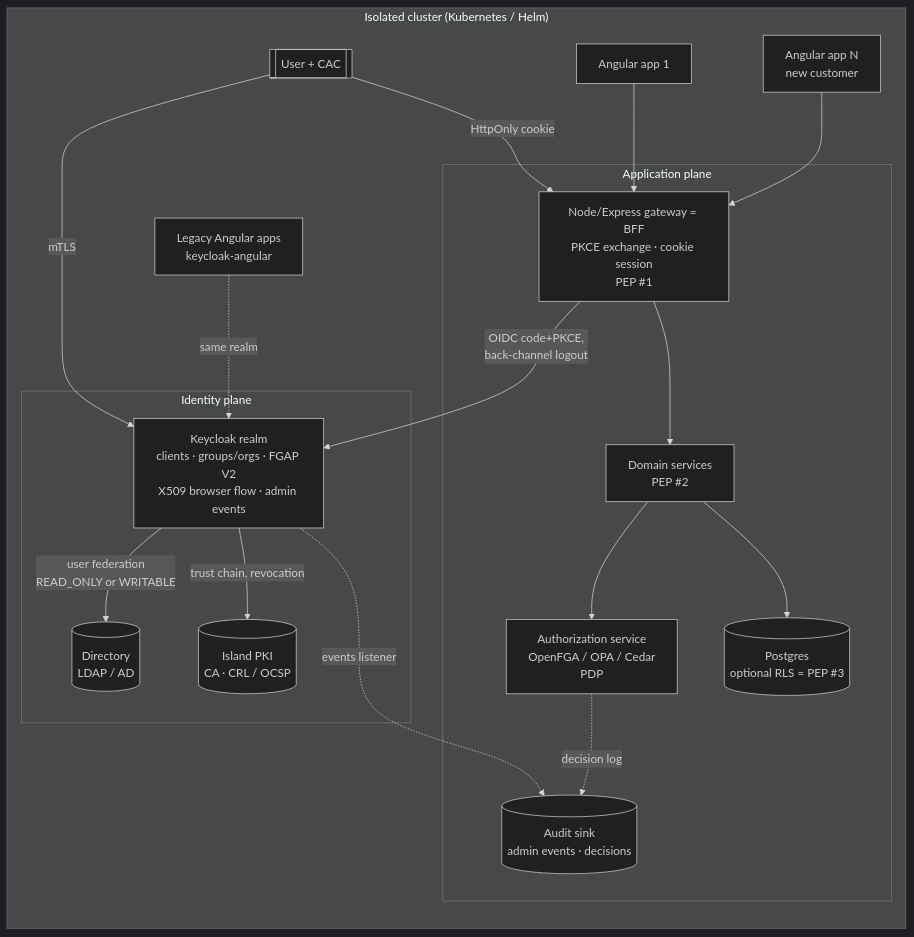
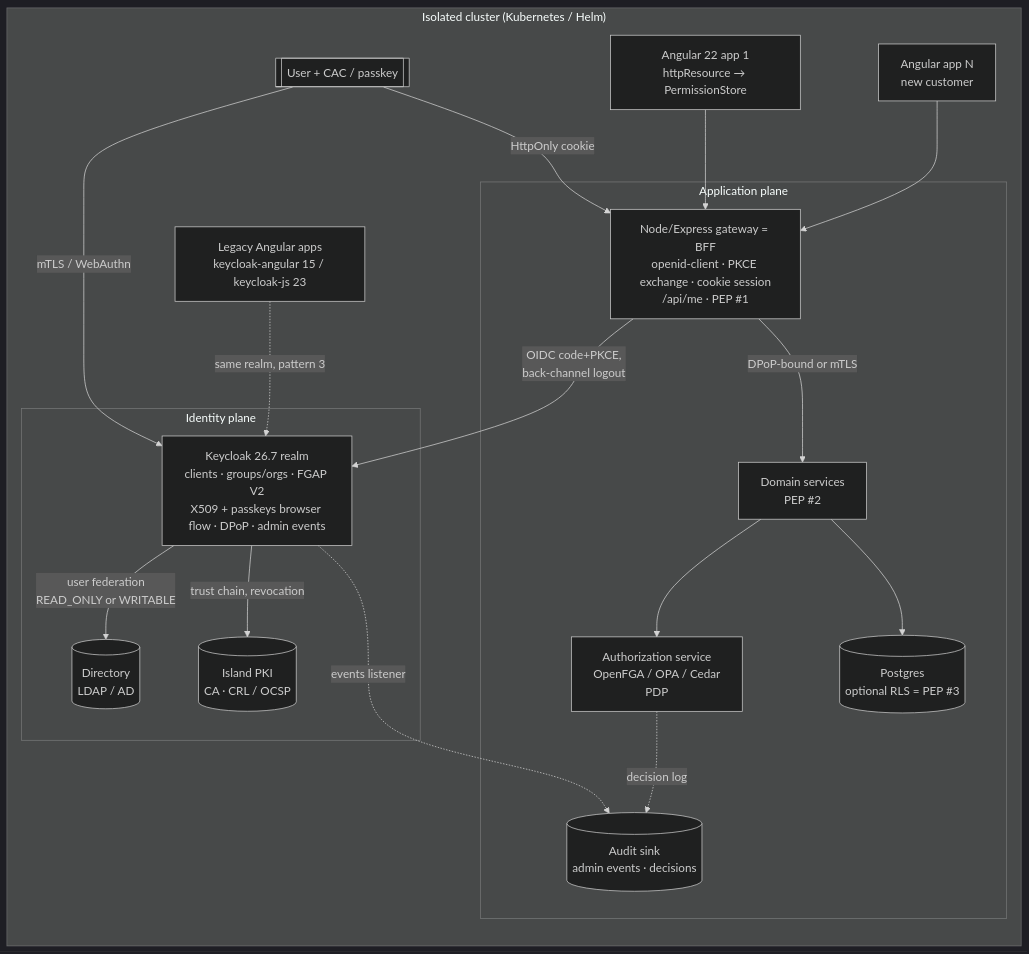
Before and after one commit to gstookey/rr: the diagram in docs/context/platform/research/identity_stores_brief_v0.md, drawn with Mermaid (dark theme). The commit also changed other lines of this file and 13 other files, not shown here.

````diff
--- a/docs/context/platform/research/identity_stores_brief_v0.md
+++ b/docs/context/platform/research/identity_stores_brief_v0.md
@@ -126,28 +132,28 @@
 ```mermaid
 flowchart LR
   subgraph Island["Isolated cluster (Kubernetes / Helm)"]
     subgraph IdP["Identity plane"]
-      KC[Keycloak realm<br/>clients · groups/orgs · FGAP V2<br/>X509 browser flow · admin events]
+      KC[Keycloak 26.7 realm<br/>clients · groups/orgs · FGAP V2<br/>X509 + passkeys browser flow · DPoP · admin events]
       DIR[(Directory<br/>LDAP / AD)]
       CA[(Island PKI<br/>CA · CRL / OCSP)]
       KC -- user federation<br/>READ_ONLY or WRITABLE --> DIR
       KC -- trust chain, revocation --> CA
     end
     subgraph Apps["Application plane"]
-      GW[Node/Express gateway = BFF<br/>PKCE exchange · cookie session<br/>PEP #1]
+      GW[Node/Express gateway = BFF<br/>openid-client · PKCE exchange · cookie session<br/>/api/me · PEP #1]
       SVC[Domain services<br/>PEP #2]
       AZ[Authorization service<br/>OpenFGA / OPA / Cedar<br/>PDP]
       DB[(Postgres<br/>optional RLS = PEP #3)]
       AUD[(Audit sink<br/>admin events · decisions)]
-      GW --> SVC --> AZ
+      GW -- DPoP-bound or mTLS --> SVC --> AZ
       SVC --> DB
       KC -. events listener .-> AUD
       AZ -. decision log .-> AUD
     end
-    U[[User + CAC]] -- mTLS --> KC
+    U[[User + CAC / passkey]] -- mTLS / WebAuthn --> KC
     U -- HttpOnly cookie --> GW
     GW -- OIDC code+PKCE,<br/>back-channel logout --> KC
-    A1[Angular app 1] & A2[Angular app N<br/>new customer] --> GW
-    LEG[Legacy Angular apps<br/>keycloak-angular] -. same realm .-> KC
+    A1[Angular 22 app 1<br/>httpResource → PermissionStore] & A2[Angular app N<br/>new customer] --> GW
+    LEG[Legacy Angular apps<br/>keycloak-angular 15 / keycloak-js 23] -. same realm, pattern 3 .-> KC
   end
 ```
````
